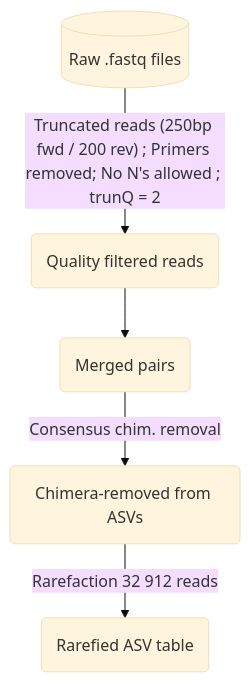
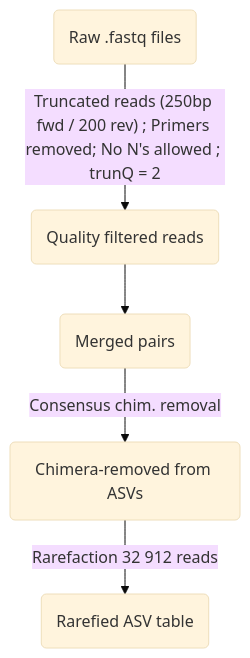
One commit to plchagnon/Lonicera---Coralie changed the first of 2 diagrams in README.md. Above: the diagram before and after it, drawn with Mermaid (base theme). The commit also changed other lines of this file, not shown here.

````diff
--- a/README.md
+++ b/README.md
@@ -69,5 +69,5 @@
 ```mermaid
 flowchart TD
-raw[(Raw .fastq files)] -- Truncated reads (250bp fwd / 200 rev) ; Primers removed; No N's allowed ; trunQ = 2 --> q(Quality filtered reads)-->m(Merged pairs)-- Consensus chim. removal -->chim(Chimera-removed from ASVs)-- Rarefaction 32 912 reads-->rar(Rarefied ASV table) 
+raw(Raw .fastq files) -- Truncated reads (250bp fwd / 200 rev) ; Primers removed; No N's allowed ; trunQ = 2 --> q(Quality filtered reads)-->m(Merged pairs)-- Consensus chim. removal -->chim(Chimera-removed from ASVs)-- Rarefaction 32 912 reads-->rar(Rarefied ASV table) 
 
 ```
````
